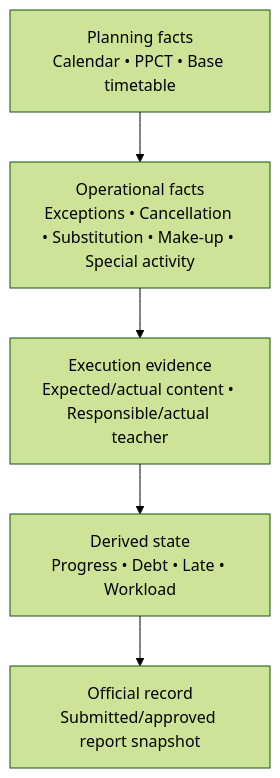
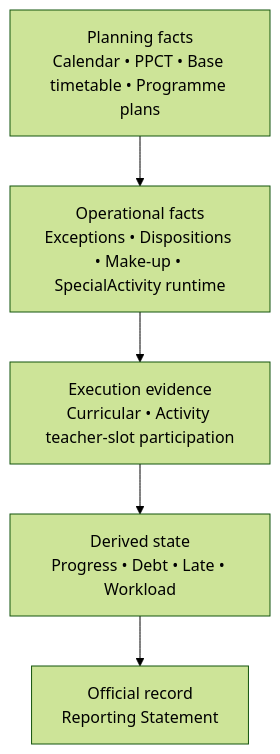
The diagram in docs/architecture/CORE-BACKEND-ROADMAP.md (hvtnguyenson-code/baogiang-damsan), drawn with Mermaid (forest theme) before and after one commit. The commit also changed other lines of this file, not shown here.

Commit message:
docs(roadmap): replace stale backend sequence with pre-pilot roadmap

````diff
--- a/docs/architecture/CORE-BACKEND-ROADMAP.md
+++ b/docs/architecture/CORE-BACKEND-ROADMAP.md
@@ -79,9 +43,9 @@
 ```mermaid
 flowchart TB
-  PLAN["Planning facts\nCalendar • PPCT • Base timetable"]
-  REALITY["Operational facts\nExceptions • Cancellation • Substitution • Make-up • Special activity"]
-  EVIDENCE["Execution evidence\nExpected/actual content • Responsible/actual teacher"]
+  PLAN["Planning facts\nCalendar • PPCT • Base timetable • Programme plans"]
+  REALITY["Operational facts\nExceptions • Dispositions • Make-up • SpecialActivity runtime"]
+  EVIDENCE["Execution evidence\nCurricular • Activity teacher-slot participation"]
   DERIVED["Derived state\nProgress • Debt • Late • Workload"]
-  OFFICIAL["Official record\nSubmitted/approved report snapshot"]
+  OFFICIAL["Official record\nReporting Statement"]
   PLAN --> REALITY --> EVIDENCE --> DERIVED --> OFFICIAL
 ```
````
